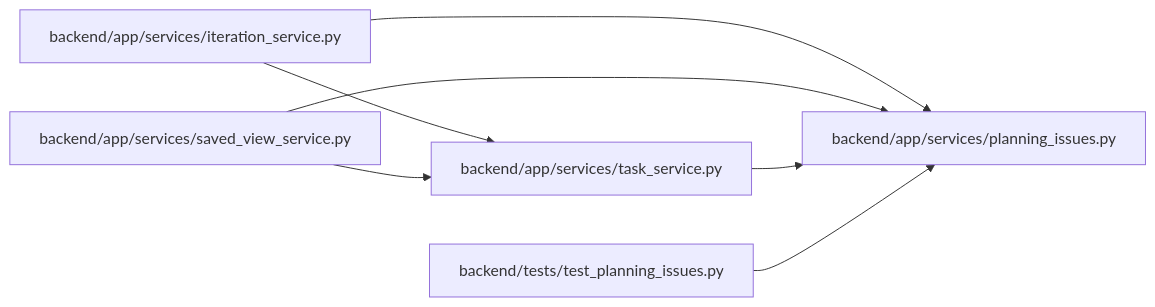
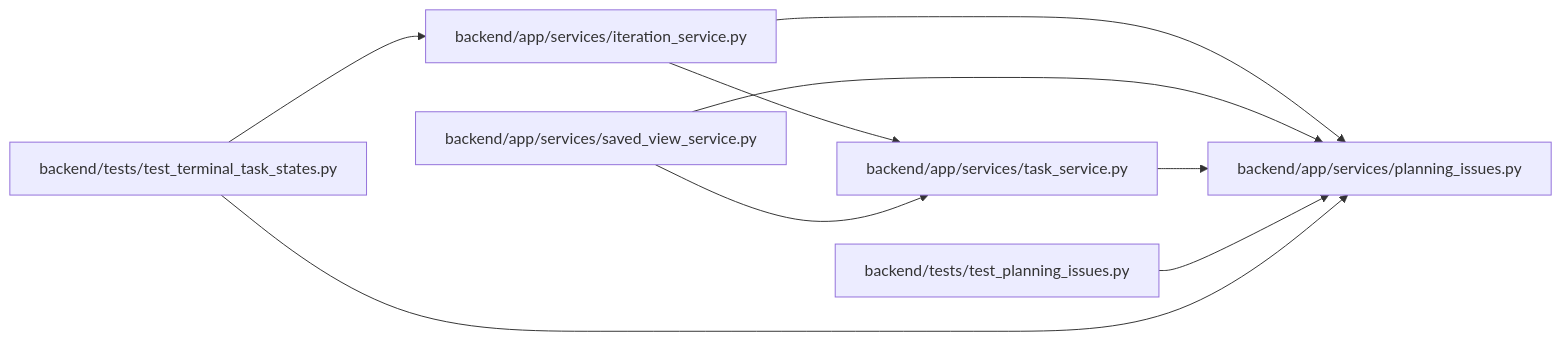
One commit to Denissvgn/WorkChord changed the diagram in docs/llm_wiki/modules/planning_issues.md. Above: the diagram before and after it, drawn with Mermaid. The commit also changed other lines of this file and 904 other files, not shown here.

Commit message:
Sync the architectural wiki for terminal task states

````diff
--- a/docs/llm_wiki/modules/planning_issues.md
+++ b/docs/llm_wiki/modules/planning_issues.md
@@ -24,19 +24,23 @@
 ```mermaid
 flowchart LR
     n0["backend/app/services/iteration_service.py"]
     n1["backend/app/services/planning_issues.py"]
     n2["backend/app/services/saved_view_service.py"]
     n3["backend/app/services/task_service.py"]
     n4["backend/tests/test_planning_issues.py"]
+    n5["backend/tests/test_terminal_task_states.py"]
     n0 --> n1
     n0 --> n3
     n2 --> n1
     n2 --> n3
     n3 --> n1
     n4 --> n1
+    n5 --> n0
+    n5 --> n1
     click n0 "../modules/iteration_service.md"
     click n1 "../modules/planning_issues.md"
     click n2 "../modules/saved_view_service.md"
     click n3 "../modules/task_service.md"
     click n4 "../modules/test_planning_issues.md"
+    click n5 "../modules/test_terminal_task_states.md"
 ```
````
